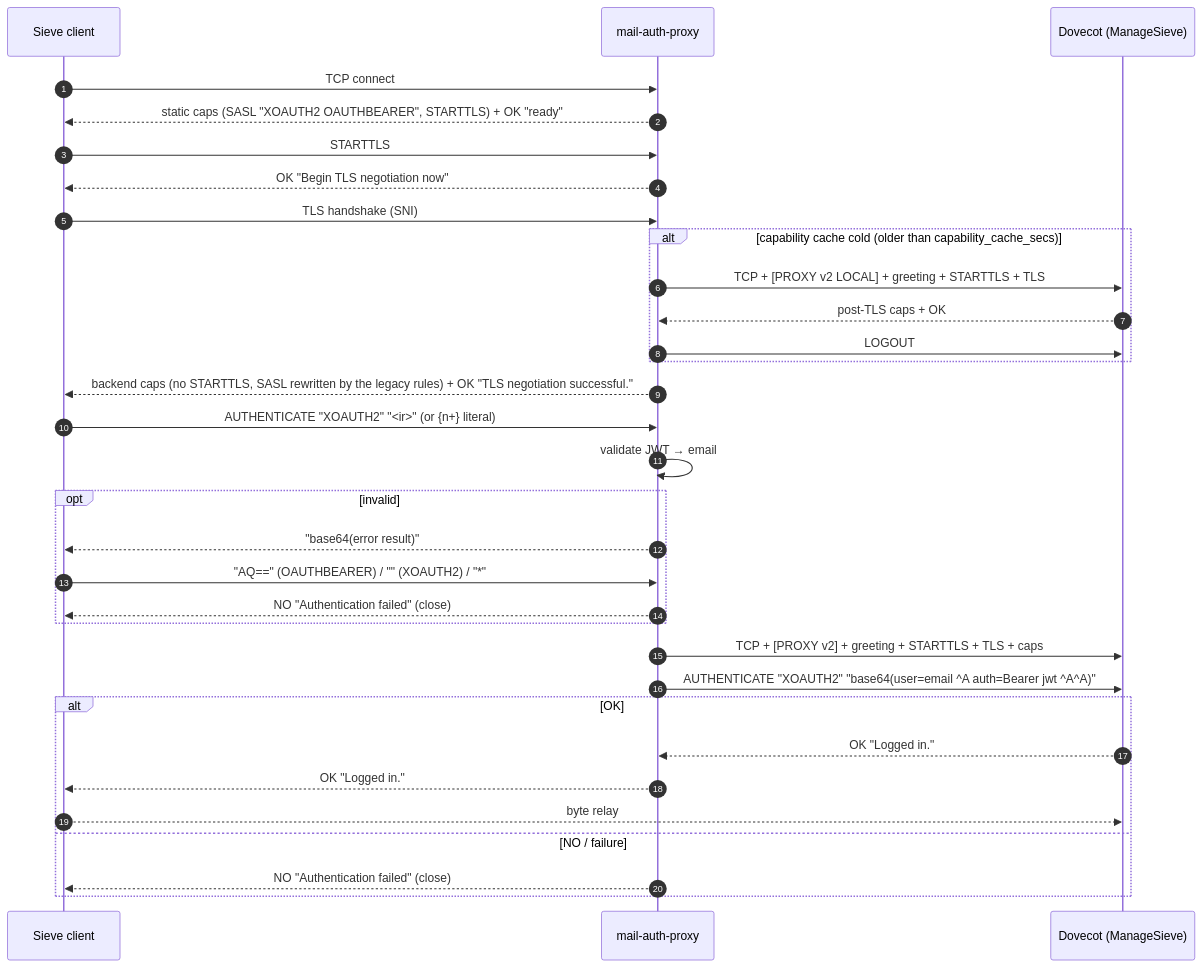
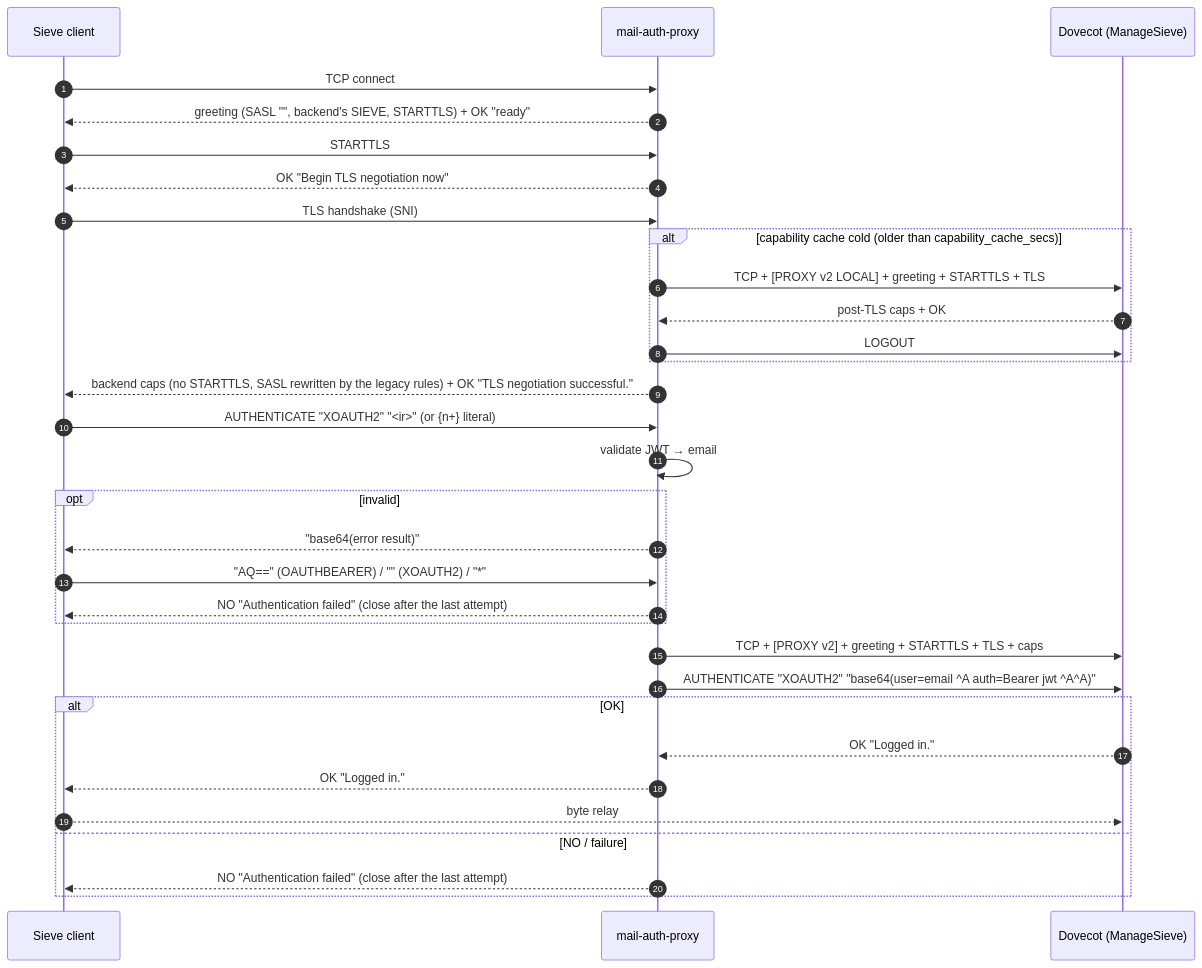
One commit to NK-IT-CLOUD/mail-auth-proxy changed the third of 3 diagrams in docs/protocols.md. Above: the diagram before and after it, drawn with Mermaid. The commit also changed other lines of this file and 9 other files, not shown here.

````diff
--- a/docs/protocols.md
+++ b/docs/protocols.md
@@ -314,34 +314,34 @@
 ```mermaid
 sequenceDiagram
     autonumber
     participant C as Sieve client
     participant P as mail-auth-proxy
     participant B as Dovecot (ManageSieve)
     C->>P: TCP connect
-    P-->>C: static caps (SASL "XOAUTH2 OAUTHBEARER", STARTTLS) + OK "ready"
+    P-->>C: greeting (SASL "", backend's SIEVE, STARTTLS) + OK "ready"
     C->>P: STARTTLS
     P-->>C: OK "Begin TLS negotiation now"
     C->>P: TLS handshake (SNI)
     alt capability cache cold (older than capability_cache_secs)
         P->>B: TCP + [PROXY v2 LOCAL] + greeting + STARTTLS + TLS
         B-->>P: post-TLS caps + OK
         P->>B: LOGOUT
     end
     P-->>C: backend caps (no STARTTLS, SASL rewritten by the legacy rules) + OK "TLS negotiation successful."
     C->>P: AUTHENTICATE "XOAUTH2" "<ir>"  (or {n+} literal)
     P->>P: validate JWT → email
     opt invalid
         P-->>C: "base64(error result)"
         C->>P: "AQ==" (OAUTHBEARER) / "" (XOAUTH2) / "*"
-        P-->>C: NO "Authentication failed" (close)
+        P-->>C: NO "Authentication failed" (close after the last attempt)
     end
     P->>B: TCP + [PROXY v2] + greeting + STARTTLS + TLS + caps
     P->>B: AUTHENTICATE "XOAUTH2" "base64(user=email ^A auth=Bearer jwt ^A^A)"
     alt OK
         B-->>P: OK "Logged in."
         P-->>C: OK "Logged in."
         C-->>B: byte relay
     else NO / failure
-        P-->>C: NO "Authentication failed" (close)
+        P-->>C: NO "Authentication failed" (close after the last attempt)
     end
 ```
````
